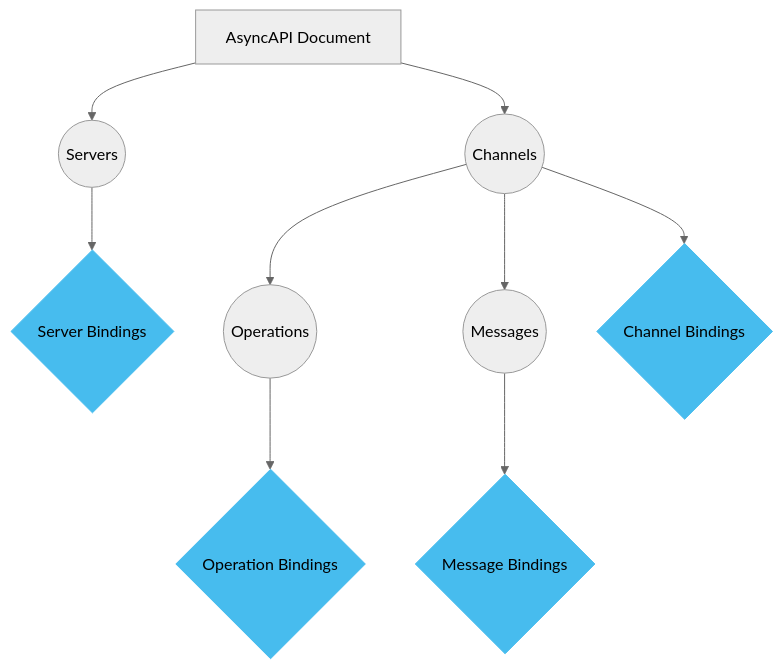
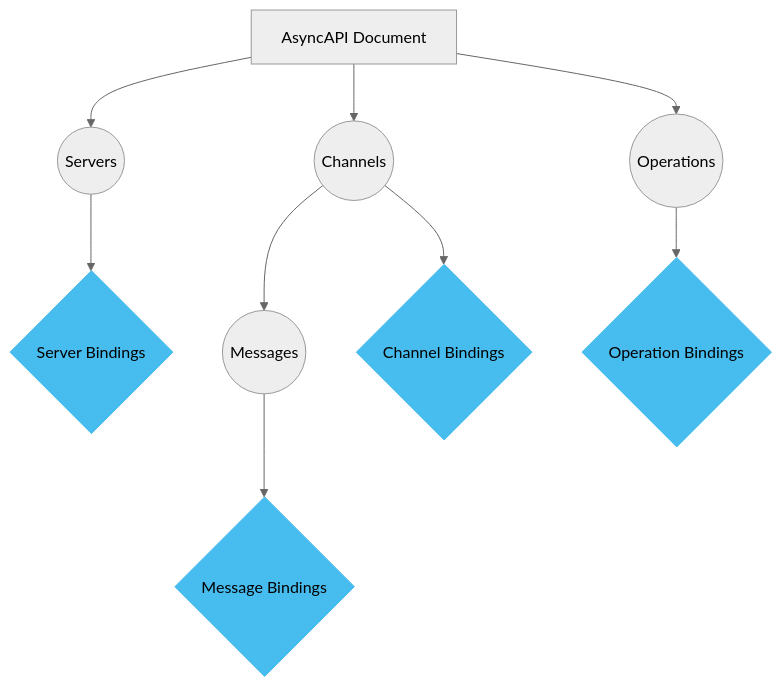
The first of 5 diagrams in pages/docs/concepts/asyncapi-document/adding-bindings.md (asyncapi/website), drawn with Mermaid (neutral theme) before and after one commit. The commit also changed other lines of this file, not shown here.

Commit message:
update as per review

````diff
--- a/pages/docs/concepts/asyncapi-document/adding-bindings.md
+++ b/pages/docs/concepts/asyncapi-document/adding-bindings.md
@@ -10,16 +10,16 @@
 ```mermaid
 graph TD
 A[AsyncAPI Document] --> B((Servers))
 A --> D((Channels))
-D --> E((Operations))
+A --> E((Operations))
 D --> F((Messages))
 B --> C{Server Bindings}
 D --> G{Channel Bindings}
 E --> H{Operation Bindings}
 F --> I{Message Bindings}
 
 style C fill:#47BCEE,stroke:#47BCEE;
 style G fill:#47BCEE,stroke:#47BCEE;
 style H fill:#47BCEE,stroke:#47BCEE;
 style I fill:#47BCEE,stroke:#47BCEE;
 ```
````
